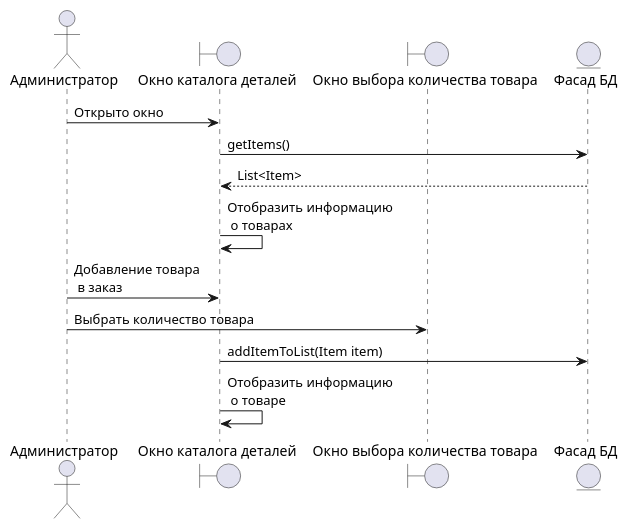
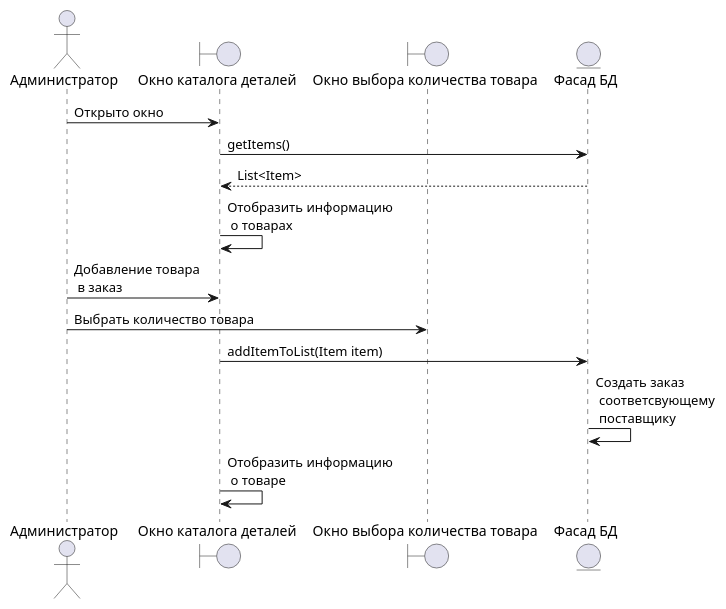
One commit to BombasticFantastik/PIS_Course_work changed the diagram in uml-диаграммы/Диаграмма последовательности/Диаграмма_последовательности_Добавить_товар_в_заказ.puml. Above: the diagram before and after it, drawn with PlantUML. The commit also changed 6 other files, not shown here.

```diff
--- a/uml-диаграммы/Диаграмма последовательности/Диаграмма_последовательности_Добавить_товар_в_заказ.puml
+++ b/uml-диаграммы/Диаграмма последовательности/Диаграмма_последовательности_Добавить_товар_в_заказ.puml
@@ -1,23 +1,24 @@
 @startuml Диаграмма последовательности добавления новых товаров
 
 actor Admin as "Администратор"
 
 boundary item_list as "Окно каталога деталей"
 boundary count_window as "Окно выбора количества товара"
 
 entity facade as "Фасад БД"
 
 Admin -> item_list : Открыто окно
 
 item_list -> facade : getItems()
 facade --> item_list : List<Item>
 
 item_list -> item_list: Отобразить информацию \n о товарах
 
 Admin -> item_list : Добавление товара \n в заказ
 
 Admin ->count_window:Выбрать количество товара
 item_list->facade : addItemToList(Item item)
+facade -> facade : Создать заказ \n соответсвующему \n поставщику
 item_list -> item_list : Отобразить информацию \n о товаре
 
 @enduml
```
